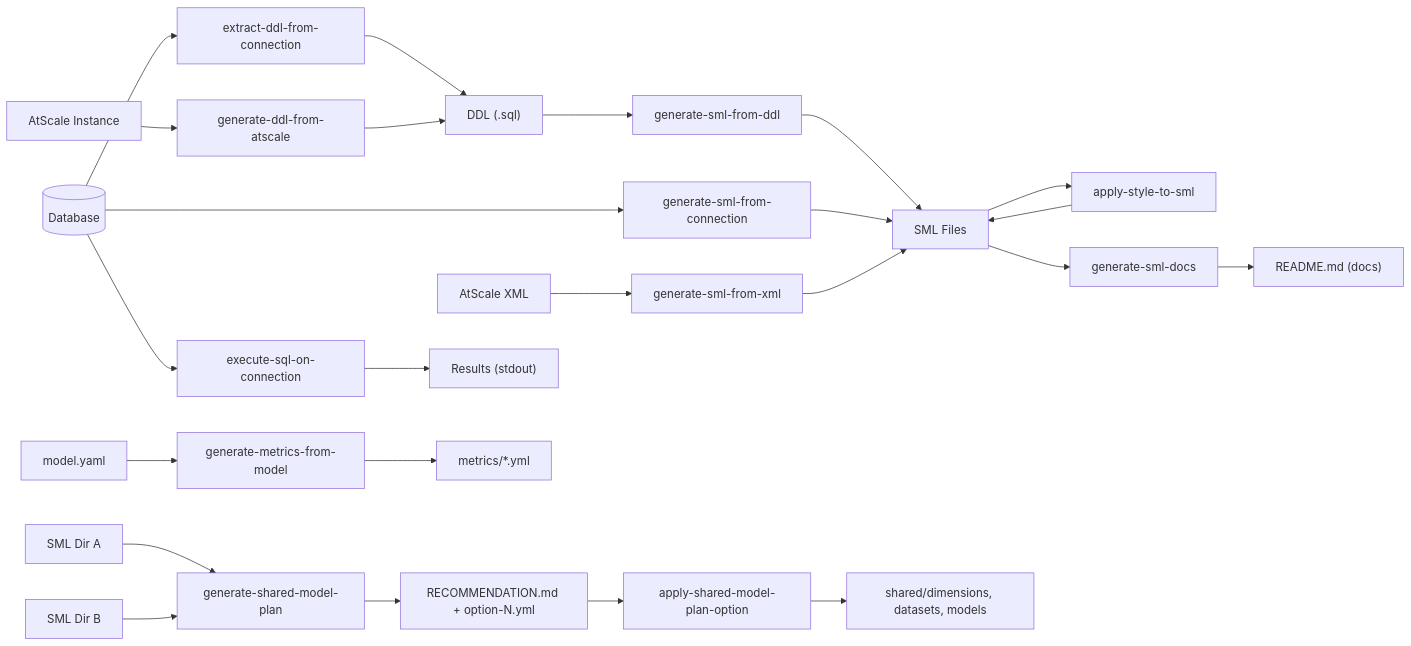
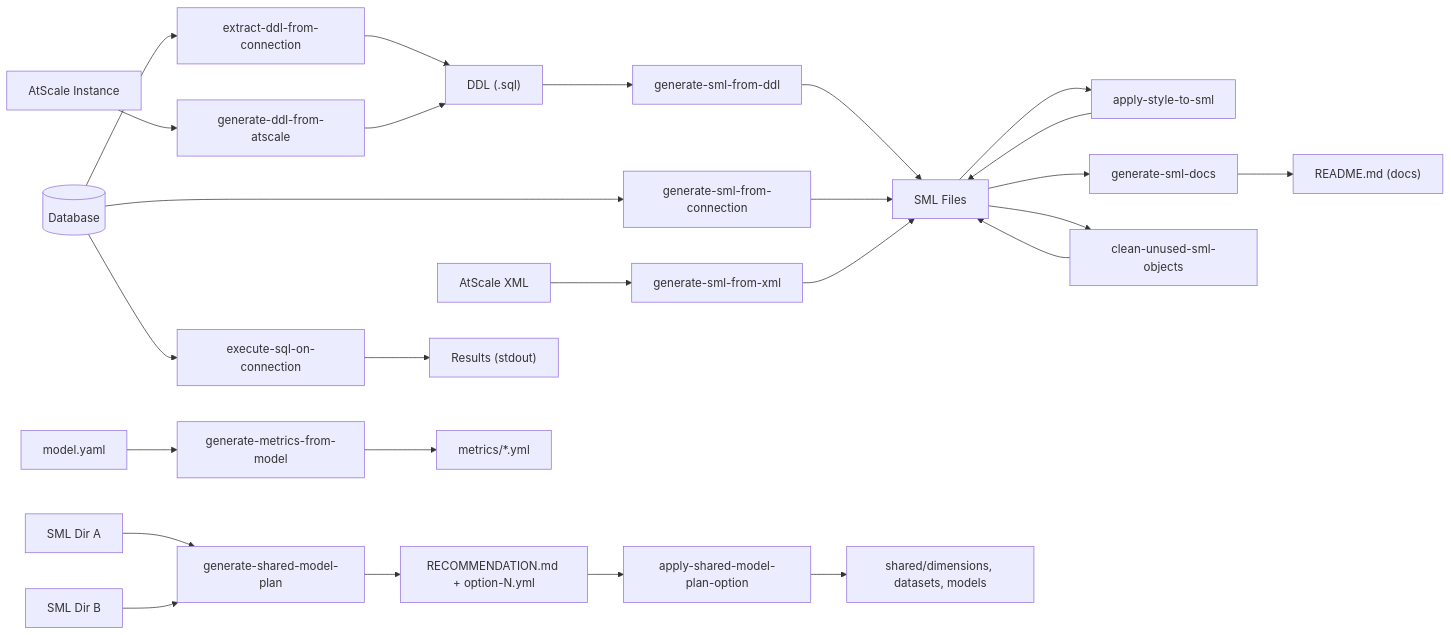
Before and after one commit to AtScaleInc/ps-utils: the second of 8 diagrams in README.md, drawn with Mermaid. The commit also changed other lines of this file and 13 other files, not shown here.

````diff
--- a/README.md
+++ b/README.md
@@ -35,15 +35,16 @@
 ```mermaid
 flowchart LR
     DB[("Database")] --> A["extract-ddl-from-connection"] --> DDL["DDL (.sql)"]
     ATS["AtScale Instance"] --> B["generate-ddl-from-atscale"] --> DDL
     DDL --> C["generate-sml-from-ddl"] --> SML["SML Files"]
     DB --> D["generate-sml-from-connection"] --> SML
     XML["AtScale XML"] --> G["generate-sml-from-xml"] --> SML
     SML2A["SML Dir A"] --> H["generate-shared-model-plan"] --> PLAN["RECOMMENDATION.md + option-N.yml"]
     SML2B["SML Dir B"] --> H
     PLAN --> I["apply-shared-model-plan-option"] --> SHARED["shared/dimensions, datasets, models"]
     DB --> E["execute-sql-on-connection"] --> OUT["Results (stdout)"]
     MODEL["model.yaml"] --> F["generate-metrics-from-model"] --> METRICS["metrics/*.yml"]
     SML --> J["apply-style-to-sml"] --> SML
     SML --> K["generate-sml-docs"] --> DOCS["README.md (docs)"]
+    SML --> L["clean-unused-sml-objects"] --> SML
 ```
````
